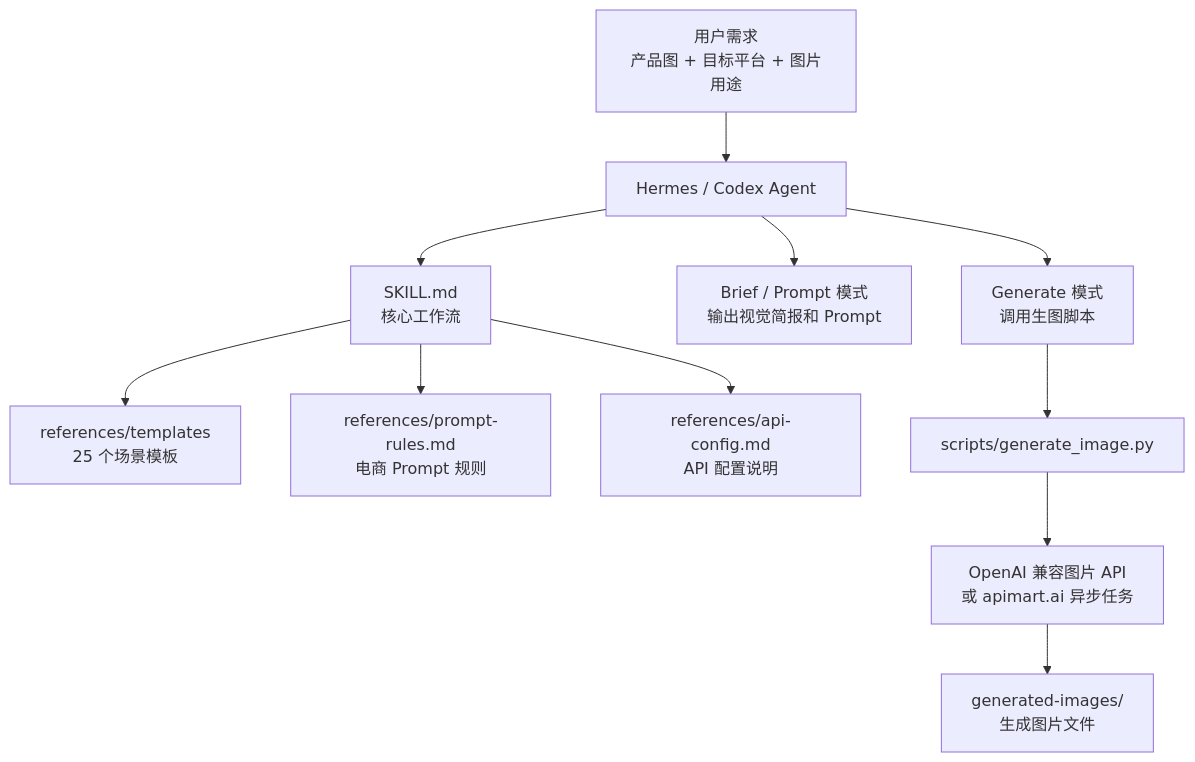
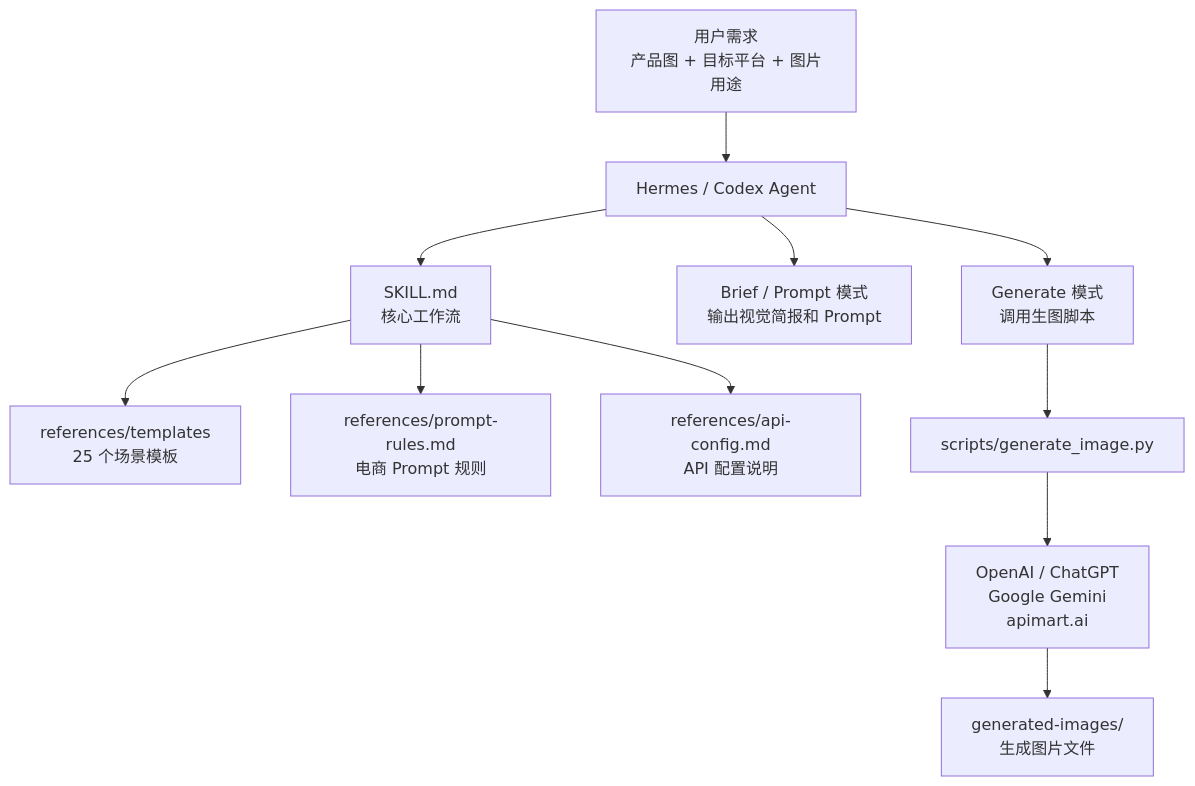
Before and after one commit to liunina/hermes-skills: the first of 5 diagrams in skills/ecom-details-image/README.md, drawn with Mermaid. The commit also changed other lines of this file and 8 other files, not shown here.

Commit message:
优化电商图片 skill 支持 OpenAI 和 Gemini

````diff
--- a/skills/ecom-details-image/README.md
+++ b/skills/ecom-details-image/README.md
@@ -39,13 +46,13 @@
 ```mermaid
 flowchart TB
     U["用户需求<br/>产品图 + 目标平台 + 图片用途"] --> A["Hermes / Codex Agent"]
     A --> S["SKILL.md<br/>核心工作流"]
     S --> T["references/templates<br/>25 个场景模板"]
     S --> R["references/prompt-rules.md<br/>电商 Prompt 规则"]
     S --> C["references/api-config.md<br/>API 配置说明"]
     A --> B["Brief / Prompt 模式<br/>输出视觉简报和 Prompt"]
     A --> G["Generate 模式<br/>调用生图脚本"]
     G --> P["scripts/generate_image.py"]
-    P --> API["OpenAI 兼容图片 API<br/>或 apimart.ai 异步任务"]
+    P --> API["OpenAI / ChatGPT<br/>Google Gemini<br/>apimart.ai"]
     API --> O["generated-images/<br/>生成图片文件"]
 ```
````
